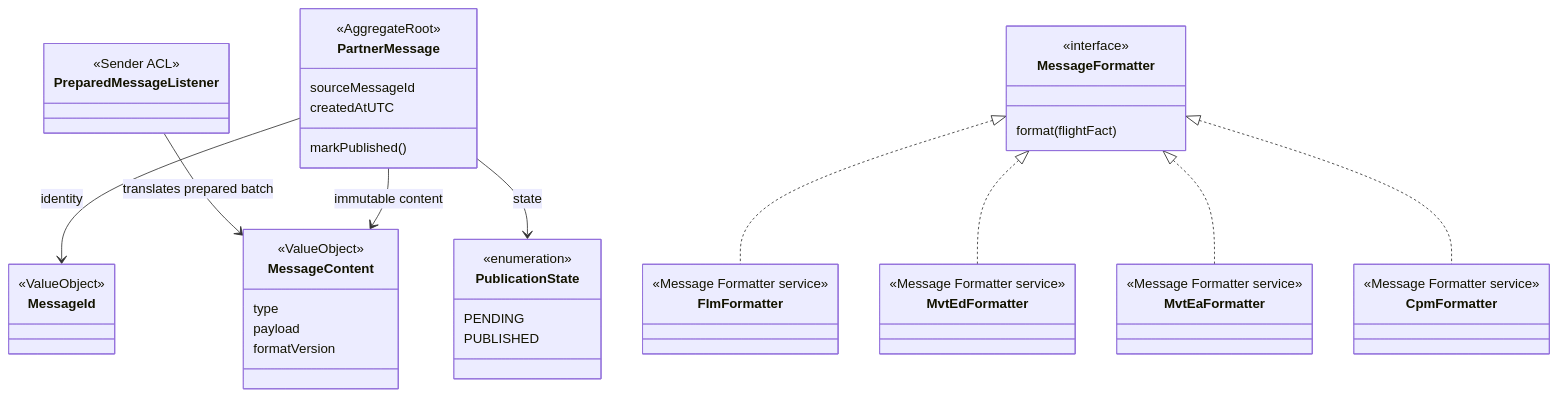
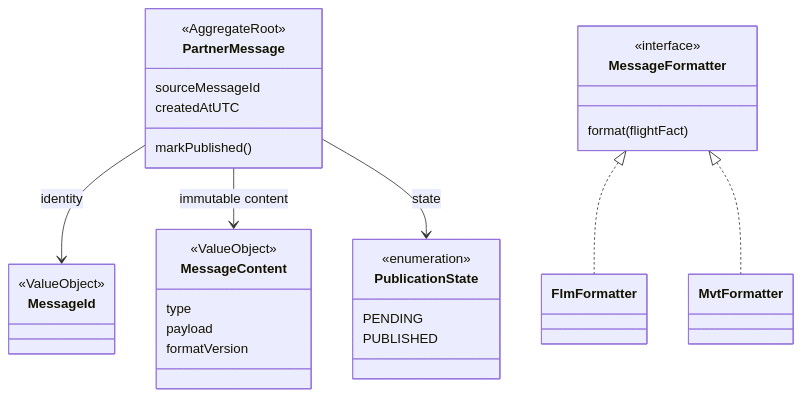
Before and after one commit to ebhd/air-freight-operations: the eighth of 9 diagrams in architecture/analyse.md, drawn with Mermaid. The commit also changed other lines of this file and 242 other files, not shown here.

````diff
--- a/architecture/analyse.md
+++ b/architecture/analyse.md
@@ -526,50 +443,34 @@
 ```mermaid
 classDiagram
     class PartnerMessage {
         <<AggregateRoot>>
         markPublished()
     }
     class MessageId {
         <<ValueObject>>
     }
     class MessageContent {
         <<ValueObject>>
         type
         payload
         formatVersion
     }
     class PublicationState {
         <<enumeration>>
         PENDING
         PUBLISHED
     }
     class MessageFormatter {
         <<interface>>
         format(flightFact)
     }
-    class FlmFormatter {
-        <<Message Formatter service>>
-    }
-    class MvtEdFormatter {
-        <<Message Formatter service>>
-    }
-    class MvtEaFormatter {
-        <<Message Formatter service>>
-    }
-    class CpmFormatter {
-        <<Message Formatter service>>
-    }
-    class PreparedMessageListener {
-        <<Sender ACL>>
-    }
-    PreparedMessageListener --> MessageContent : translates prepared batch
+    class FlmFormatter
+    class MvtFormatter
     PartnerMessage --> MessageId : identity
     PartnerMessage --> MessageContent : immutable content
     PartnerMessage --> PublicationState : state
     PartnerMessage : sourceMessageId
     PartnerMessage : createdAtUTC
     MessageFormatter <|.. FlmFormatter
-    MessageFormatter <|.. MvtEdFormatter
-    MessageFormatter <|.. MvtEaFormatter
-    MessageFormatter <|.. CpmFormatter
+    MessageFormatter <|.. MvtFormatter
 ```
````
